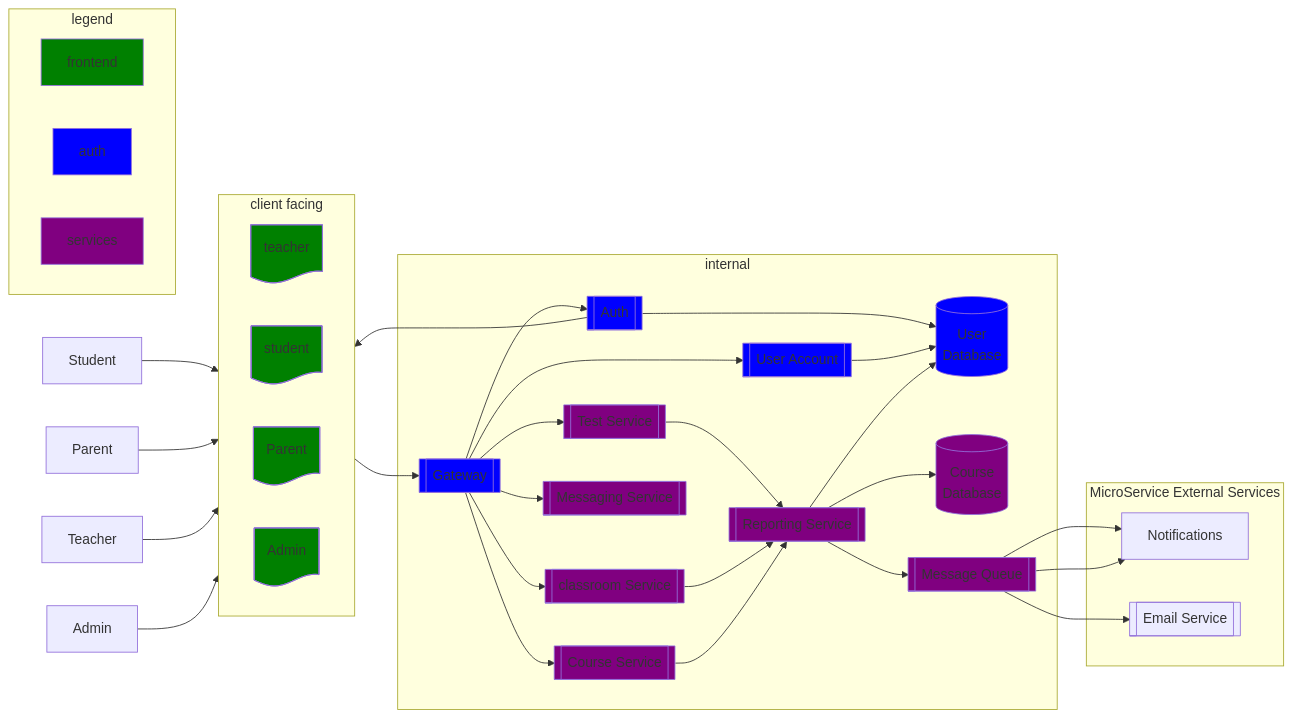
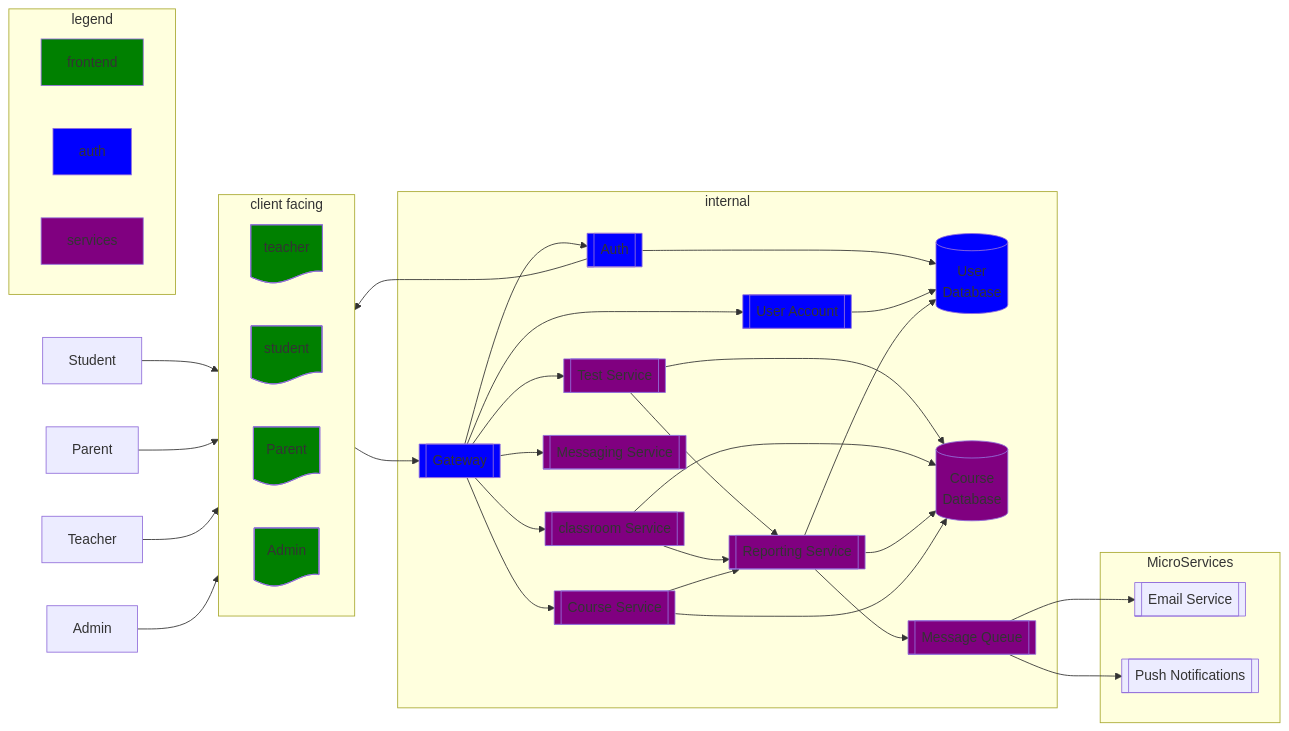
Before and after one commit to zachariaswik/FE405_Project: the diagram in Phase2.md, drawn with Mermaid.

Commit message:
Enhance service connections and update notifications
Updated service connections in Phase2.md to include database interactions and renamed notifications to push notifications.

````diff
--- a/Phase2.md
+++ b/Phase2.md
@@ -47,55 +47,55 @@
 ```mermaid
 flowchart LR
     classDef frontend fill:green
     classDef auth fill:blue
     classDef services fill:purple
     Student[Student] --> F
     Parent[Parent] --> F
     Teacher[Teacher] --> F
     Admin[Admin] --> F
     
     
   subgraph F[client facing]
     direction RL
     TF:::frontend@{ shape: doc, label: "teacher"}
     SF:::frontend@{ shape: doc, label: "student"}
     PF:::frontend@{ shape: doc, label: "Parent"}
     AF:::frontend@{ shape: doc, label: "Admin"}
   end
 
   F -->  GW --> A --> F
   subgraph B[internal]
       P_DB[(User
       Database)]:::auth
 
       A[[Auth]]:::auth --> P_DB
       GW[[Gateway]]:::auth    
-      Ass[[Test Service]]:::services --> R
+      Ass[[Test Service]]:::services --> R & DB
       GW --> CR & Comm & P & Course & Ass
-      CR[[classroom Service]]:::services --> R
+      CR[[classroom Service]]:::services --> R & DB
       Course[[Course Service]]:::services --> R --> DB
+      Course --> DB
       Comm[[Messaging Service]]:::services
       P[[User Account]]:::auth --> P_DB
       R[[Reporting Service]]:::services 
       DB[(Course 
       Database)]:::services
 
       R --> MQ[[ Message Queue]]:::services & P_DB
   end
-    MQ --> Notifications
 
-    subgraph MicroService External Services
+    subgraph MicroServices
         MQ:::services
         MQ --> ES[[Email Service]]
-        MQ --> Notifications
+        MQ --> PushNoticiations[[Push Notifications]]
         
     end
 
     %% Legend
     subgraph legend
         direction LR
         X[frontend]:::frontend
         Y[auth]:::auth
         Z[services]:::services
     end
 ```
````
